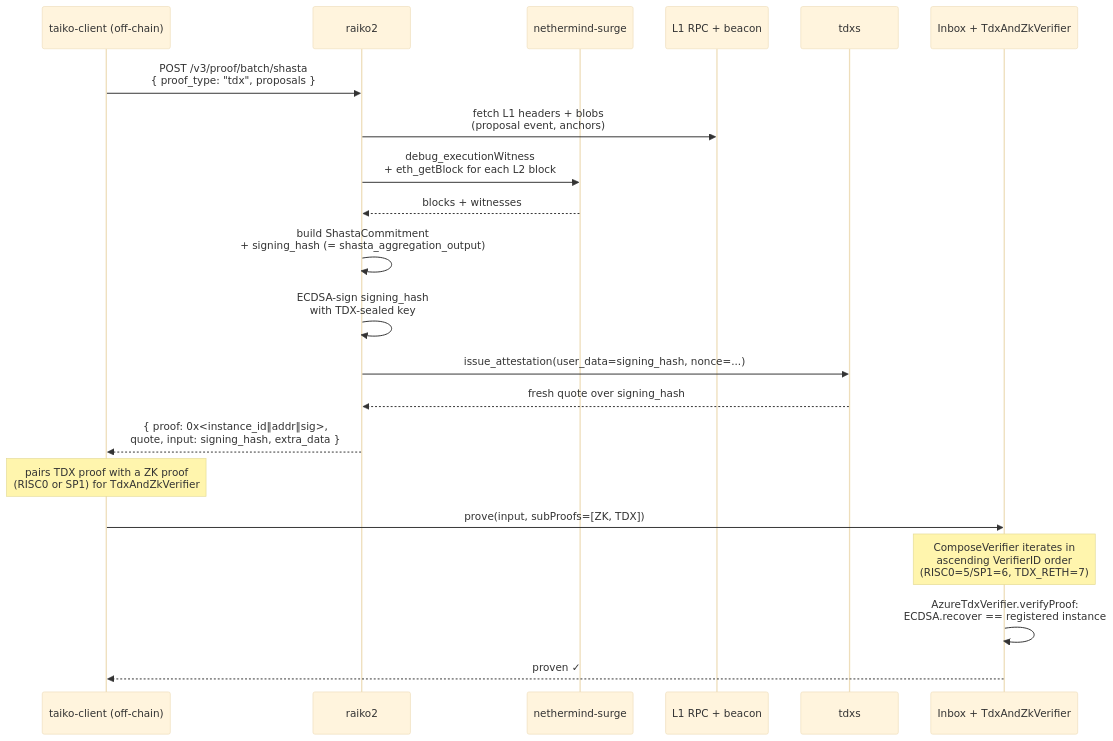
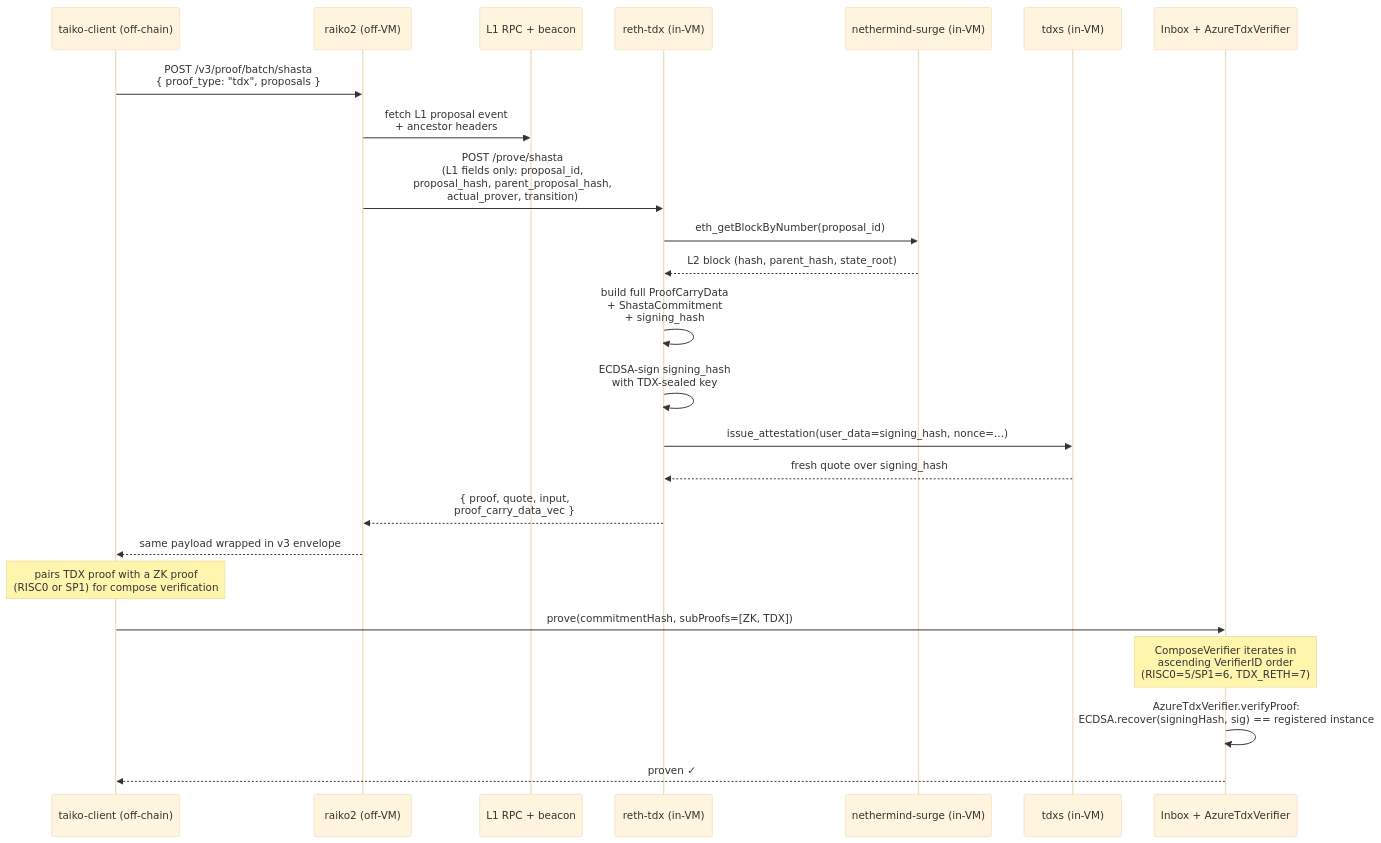
The fourth of 4 diagrams in docs/tdx_architecture.md (taikoxyz/raiko2), drawn with Mermaid (base theme) before and after one commit. The commit also changed other lines of this file and 10 other files, not shown here.

````diff
--- a/docs/tdx_architecture.md
+++ b/docs/tdx_architecture.md
@@ -154,26 +172,29 @@
 ```mermaid
 sequenceDiagram
     participant TC as taiko-client (off-chain)
-    participant R2 as raiko2
-    participant NM as nethermind-surge
+    participant R2 as raiko2 (off-VM)
     participant L1 as L1 RPC + beacon
-    participant TDXS as tdxs
-    participant ETH as Inbox + TdxAndZkVerifier
+    participant RTDX as reth-tdx (in-VM)
+    participant NM as nethermind-surge (in-VM)
+    participant TDXS as tdxs (in-VM)
+    participant ETH as Inbox + AzureTdxVerifier
 
     TC->>R2: POST /v3/proof/batch/shasta<br/>{ proof_type: "tdx", proposals }
-    R2->>L1: fetch L1 headers + blobs<br/>(proposal event, anchors)
-    R2->>NM: debug_executionWitness<br/>+ eth_getBlock for each L2 block
-    NM-->>R2: blocks + witnesses
-    R2->>R2: build ShastaCommitment<br/>+ signing_hash (= shasta_aggregation_output)
-    R2->>R2: ECDSA-sign signing_hash<br/>with TDX-sealed key
-    R2->>TDXS: issue_attestation(user_data=signing_hash, nonce=...)
-    TDXS-->>R2: fresh quote over signing_hash
-    R2-->>TC: { proof: 0x<instance_id‖addr‖sig>,<br/>quote, input: signing_hash, extra_data }
+    R2->>L1: fetch L1 proposal event<br/>+ ancestor headers
+    R2->>RTDX: POST /prove/shasta<br/>(L1 fields only: proposal_id,<br/>proposal_hash, parent_proposal_hash,<br/>actual_prover, transition)
+    RTDX->>NM: eth_getBlockByNumber(proposal_id)
+    NM-->>RTDX: L2 block (hash, parent_hash, state_root)
+    RTDX->>RTDX: build full ProofCarryData<br/>+ ShastaCommitment<br/>+ signing_hash
+    RTDX->>RTDX: ECDSA-sign signing_hash<br/>with TDX-sealed key
+    RTDX->>TDXS: issue_attestation(user_data=signing_hash, nonce=...)
+    TDXS-->>RTDX: fresh quote over signing_hash
+    RTDX-->>R2: { proof, quote, input,<br/>proof_carry_data_vec }
+    R2-->>TC: same payload wrapped in v3 envelope
 
-    Note over TC: pairs TDX proof with a ZK proof<br/>(RISC0 or SP1) for TdxAndZkVerifier
+    Note over TC: pairs TDX proof with a ZK proof<br/>(RISC0 or SP1) for compose verification
 
-    TC->>ETH: prove(input, subProofs=[ZK, TDX])
+    TC->>ETH: prove(commitmentHash, subProofs=[ZK, TDX])
     Note over ETH: ComposeVerifier iterates in<br/>ascending VerifierID order<br/>(RISC0=5/SP1=6, TDX_RETH=7)
-    ETH->>ETH: AzureTdxVerifier.verifyProof:<br/>ECDSA.recover == registered instance
+    ETH->>ETH: AzureTdxVerifier.verifyProof:<br/>ECDSA.recover(signingHash, sig) == registered instance
     ETH-->>TC: proven ✓
 ```
````
